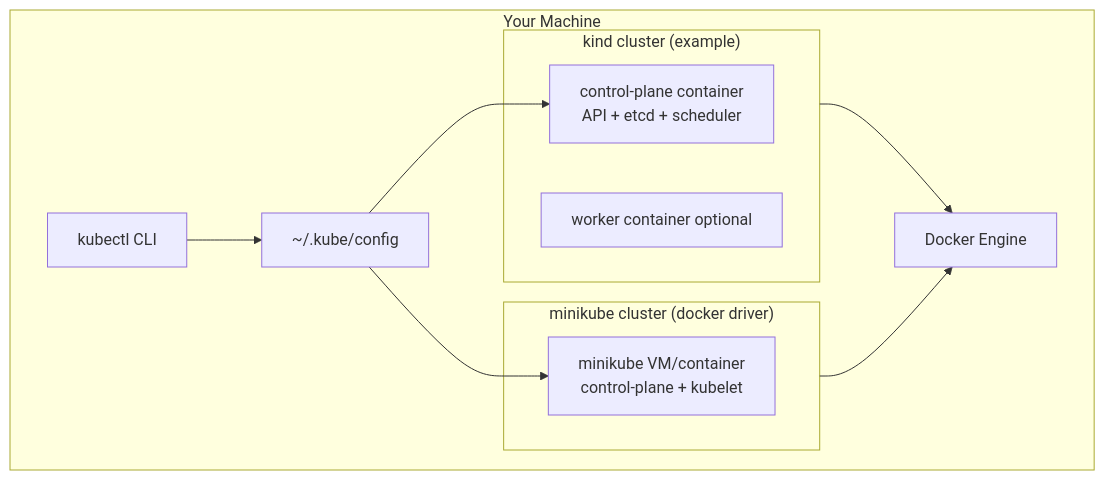
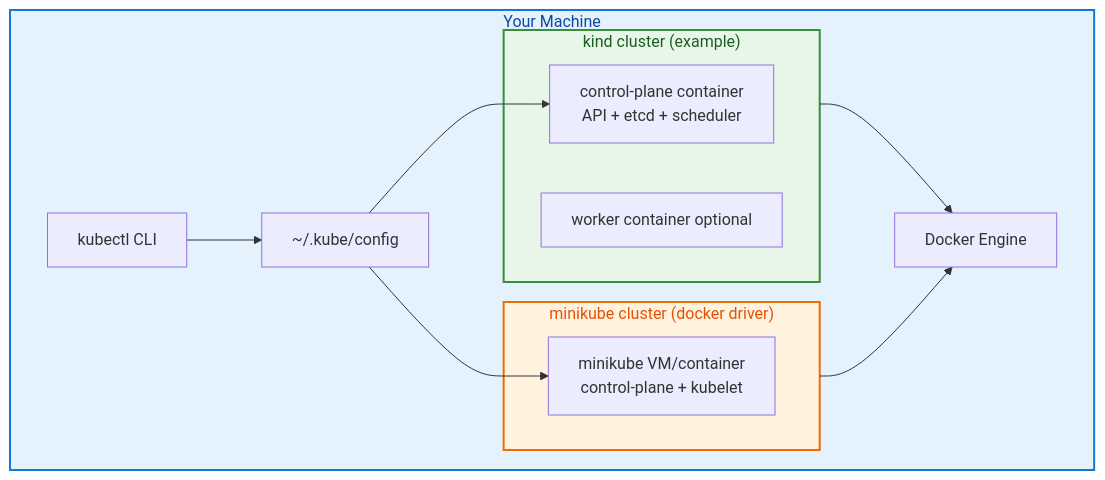
Before and after one commit to rebash-rebash/rebash-academy: the diagram in docs/kubernetes/installing-kubernetes-and-kubectl.md, drawn with Mermaid. The commit also changed 66 other files, not shown here.

First line of the commit message:
Render Mermaid diagrams as build-time SVGs and fix Learning Paths nav.

````diff
--- a/docs/kubernetes/installing-kubernetes-and-kubectl.md
+++ b/docs/kubernetes/installing-kubernetes-and-kubectl.md
@@ -56,24 +56,27 @@
 ```mermaid
 flowchart TB
     subgraph LAPTOP["Your Machine"]
         KUBECTL["kubectl CLI"]
         KCFG["~/.kube/config"]
 
         subgraph KIND["kind cluster (example)"]
             CP["control-plane container<br/>API + etcd + scheduler"]
             W1["worker container optional"]
         end
 
         subgraph MINIKU["minikube cluster (docker driver)"]
             MK["minikube VM/container<br/>control-plane + kubelet"]
         end
 
         DOCKER["Docker Engine"]
     end
 
     KUBECTL --> KCFG
     KCFG --> CP
     KCFG --> MK
     KIND --> DOCKER
     MINIKU --> DOCKER
+    style LAPTOP fill:#e3f2fd,stroke:#1976d2,stroke-width:2px,color:#0d47a1
+    style KIND fill:#e8f5e9,stroke:#388e3c,stroke-width:2px,color:#1b5e20
+    style MINIKU fill:#fff3e0,stroke:#ef6c00,stroke-width:2px,color:#e65100
 ```
````
